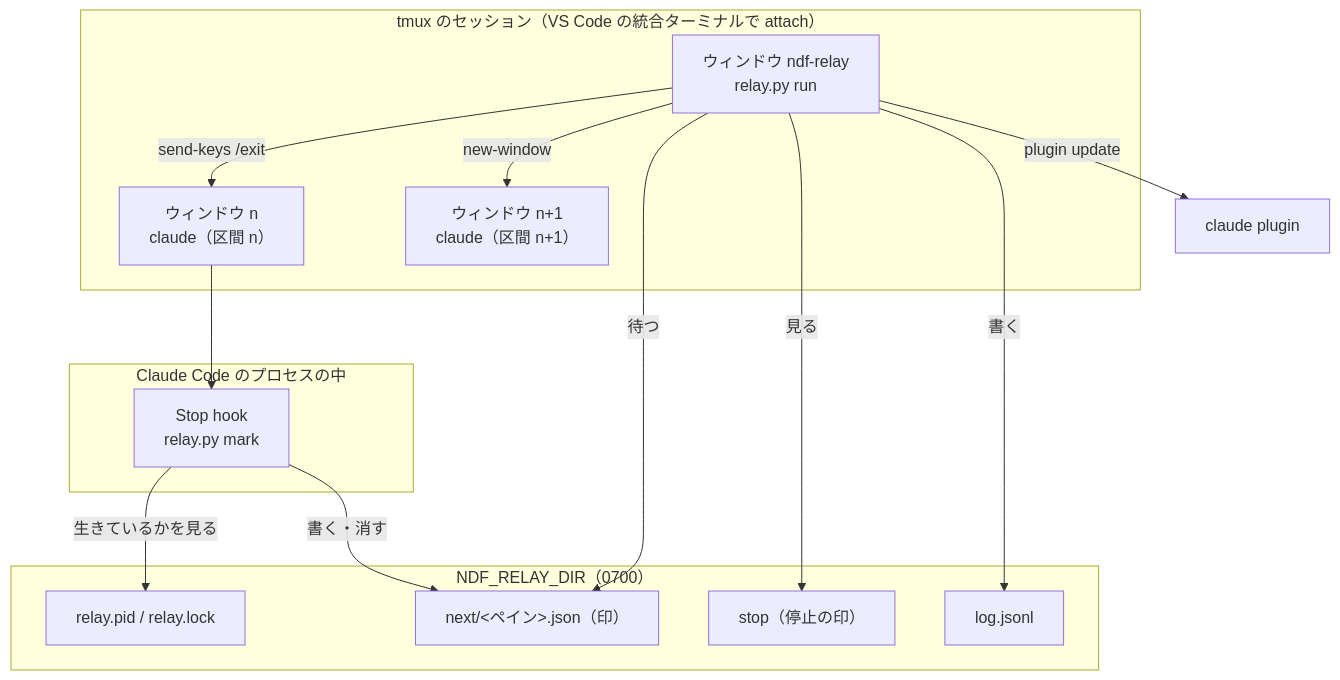
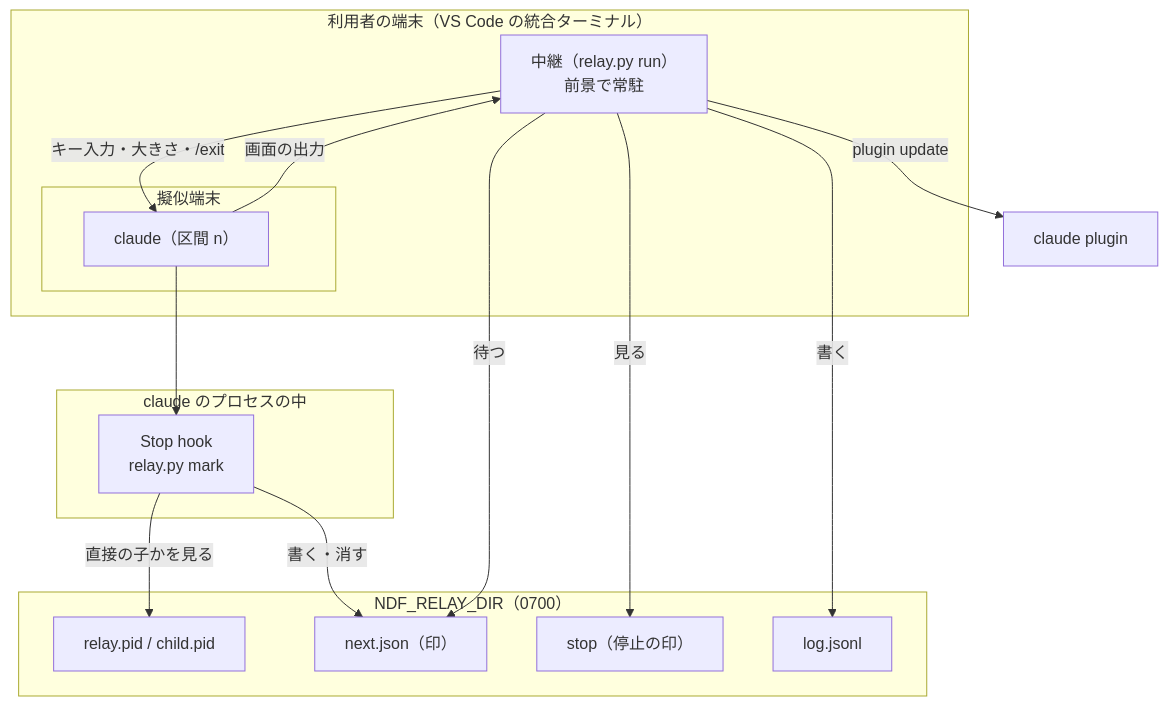
Before and after one commit to devbasex/ai-plugins: the first of 3 diagrams in issues/issue-895-design.md, drawn with Mermaid. The commit also changed other lines of this file and 2 other files, not shown here.

````diff
--- a/issues/issue-895-design.md
+++ b/issues/issue-895-design.md
@@ -80,26 +88,27 @@
 ```mermaid
 graph TB
-    subgraph tmux["tmux のセッション（VS Code の統合ターミナルで attach）"]
-        W1["ウィンドウ n<br/>claude（区間 n）"]
-        R["ウィンドウ ndf-relay<br/>relay.py run"]
-        W2["ウィンドウ n+1<br/>claude（区間 n+1）"]
+    subgraph term["利用者の端末（VS Code の統合ターミナル）"]
+        R["中継（relay.py run）<br/>前景で常駐"]
+        subgraph pty["擬似端末"]
+            C["claude（区間 n）"]
+        end
     end
-    subgraph claude["Claude Code のプロセスの中"]
+    subgraph claude["claude のプロセスの中"]
         H["Stop hook<br/>relay.py mark"]
     end
     subgraph state["NDF_RELAY_DIR（0700）"]
-        P[relay.pid / relay.lock]
-        M["next/&lt;ペイン&gt;.json（印）"]
+        P[relay.pid / child.pid]
+        M[next.json（印）]
         S[stop（停止の印）]
         L[log.jsonl]
     end
-    W1 --> H
+    R -->|キー入力・大きさ・/exit| C
+    C -->|画面の出力| R
+    C --> H
     H -->|書く・消す| M
-    H -->|生きているかを見る| P
+    H -->|直接の子かを見る| P
     R -->|待つ| M
     R -->|見る| S
     R -->|書く| L
-    R -->|send-keys /exit| W1
     R -->|plugin update| CP[claude plugin]
-    R -->|new-window| W2
 ```
````
